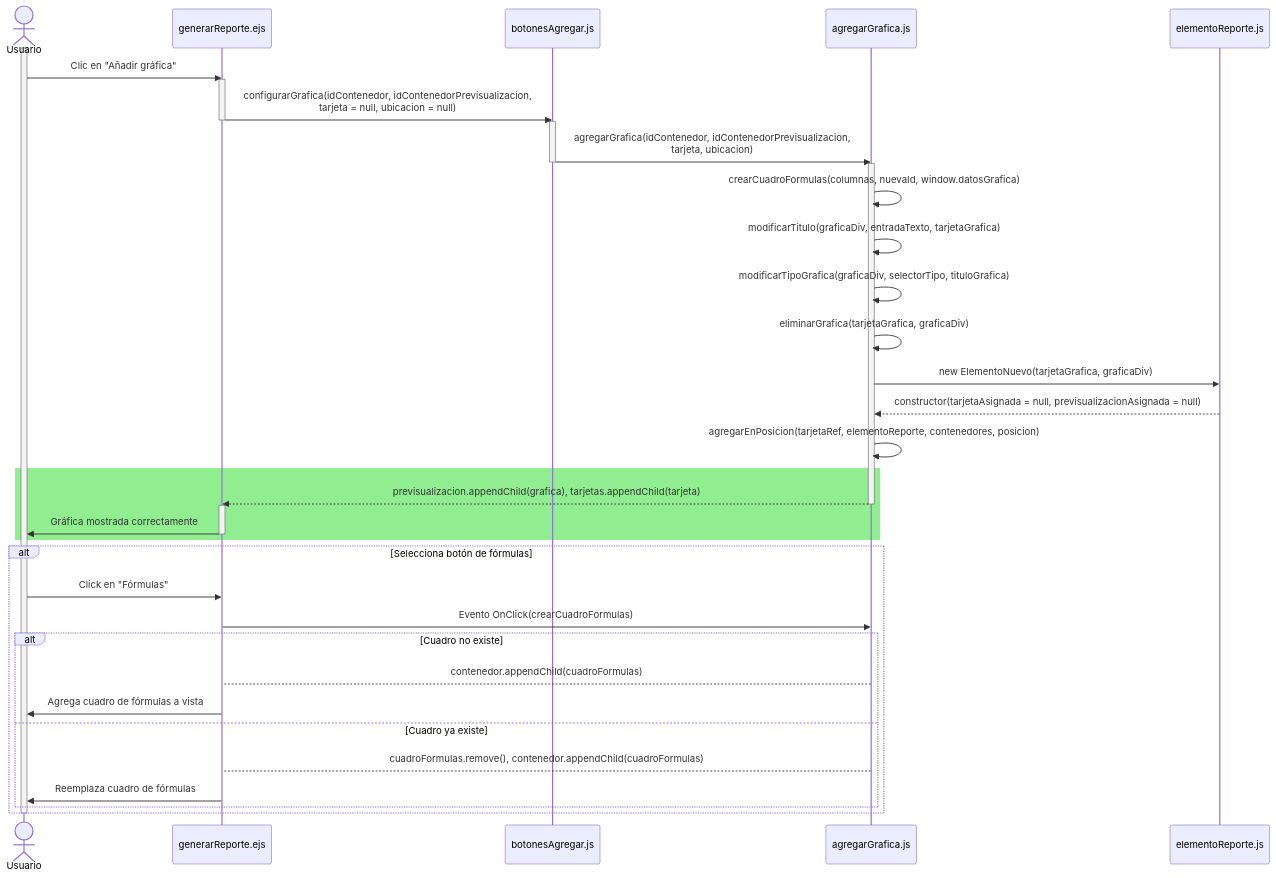
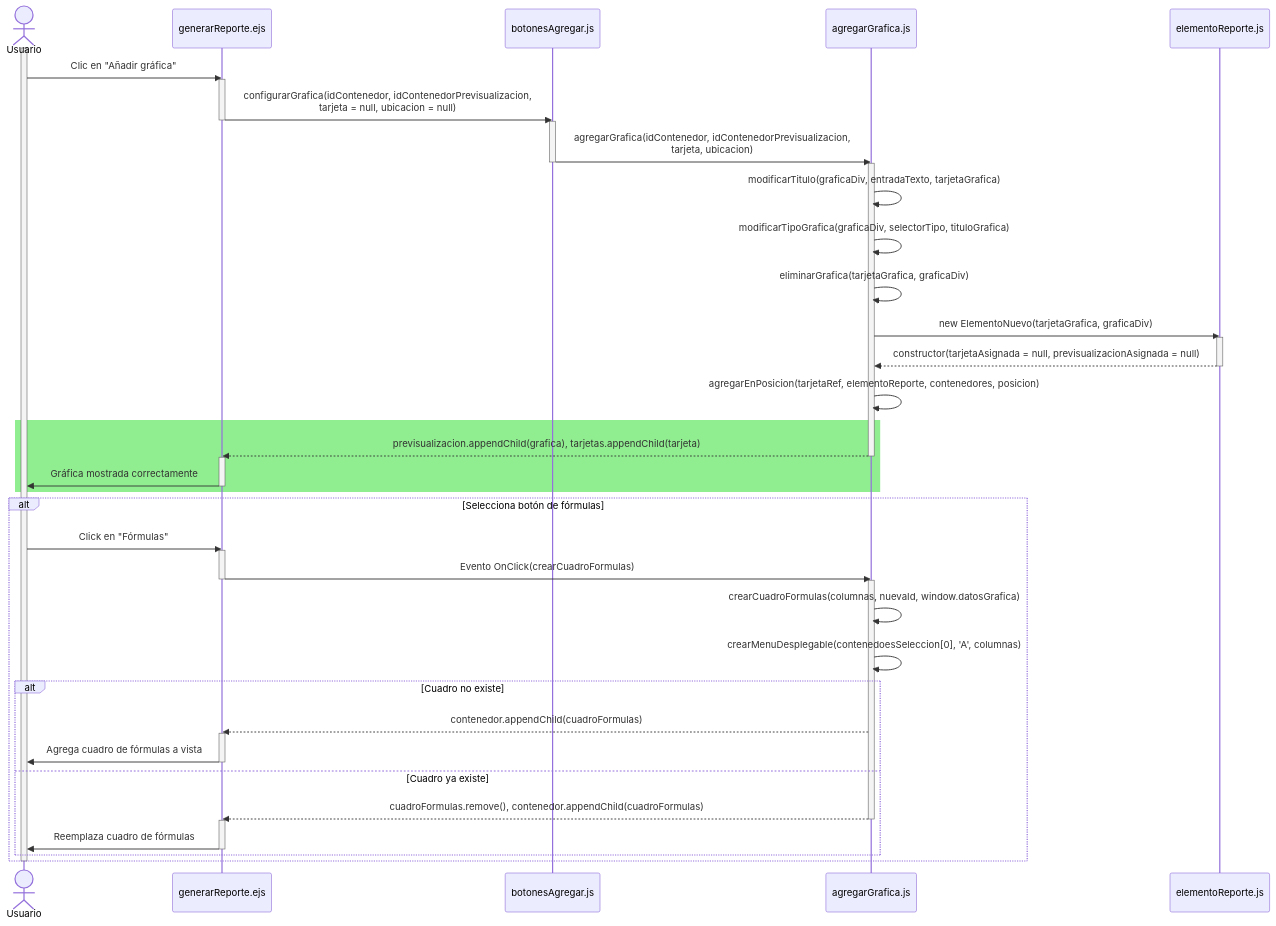
The diagram in documentation/docs/proyectos/tractores/documentacion/requisitos/HU10.md (CodeAnd-Co/Documentacion), drawn with Mermaid before and after one commit. The commit also changed other lines of this file, not shown here.

Commit message:
Corregir diagrama de secuencia HU10

````diff
--- a/documentation/docs/proyectos/tractores/documentacion/requisitos/HU10.md
+++ b/documentation/docs/proyectos/tractores/documentacion/requisitos/HU10.md
@@ -21,49 +21,59 @@
 ```mermaid
 sequenceDiagram
     actor Usuario
     participant Vista as generarReporte.ejs
     participant utilBoton as botonesAgregar.js
     participant utilGrafica as agregarGrafica.js
     participant modelElemento as elementoReporte.js
 
     %% Flujo principal (caso exitoso)
     activate Usuario
     Usuario->>Vista: Clic en "Añadir gráfica"
     activate Vista
     Vista->>utilBoton: configurarGrafica(idContenedor, idContenedorPrevisualizacion, <br/>tarjeta = null, ubicacion = null)
     deactivate Vista
     activate utilBoton
     utilBoton->>utilGrafica: agregarGrafica(idContenedor, idContenedorPrevisualizacion, <br/>tarjeta, ubicacion)
     deactivate utilBoton
     activate utilGrafica
-    utilGrafica->>utilGrafica: crearCuadroFormulas(columnas, nuevaId, window.datosGrafica)
     utilGrafica->>utilGrafica: modificarTitulo(graficaDiv, entradaTexto, tarjetaGrafica)
     utilGrafica->>utilGrafica: modificarTipoGrafica(graficaDiv, selectorTipo, tituloGrafica)
     utilGrafica->>utilGrafica: eliminarGrafica(tarjetaGrafica, graficaDiv)
     utilGrafica->>modelElemento: new ElementoNuevo(tarjetaGrafica, graficaDiv)
+    activate modelElemento
     modelElemento-->>utilGrafica: constructor(tarjetaAsignada = null, previsualizacionAsignada = null)
+    deactivate modelElemento
     utilGrafica->>utilGrafica: agregarEnPosicion(tarjetaRef, elementoReporte, contenedores, posicion)
 
     rect LightGreen
         utilGrafica-->>Vista: previsualizacion.appendChild(grafica), tarjetas.appendChild(tarjeta)
         deactivate utilGrafica
         activate Vista
         Vista->>Usuario: Gráfica mostrada correctamente
         deactivate Vista
     end
 
     %% Flujos alternos (errores al final)
     alt Selecciona botón de fórmulas
         Usuario->>Vista: Click en "Fórmulas"
+        activate Vista
         Vista->>utilGrafica: Evento OnClick(crearCuadroFormulas)
-        
+        deactivate Vista
+        activate utilGrafica
+        utilGrafica->>utilGrafica: crearCuadroFormulas(columnas, nuevaId, window.datosGrafica)
+        utilGrafica->>utilGrafica: crearMenuDesplegable(contenedoesSeleccion[0], 'A', columnas)
         alt Cuadro no existe
-            utilGrafica-->Vista: contenedor.appendChild(cuadroFormulas)
+            utilGrafica-->>Vista: contenedor.appendChild(cuadroFormulas)
+            activate Vista
             Vista->>Usuario: Agrega cuadro de fórmulas a vista
+            deactivate Vista
         else Cuadro ya existe
-            utilGrafica-->Vista: cuadroFormulas.remove(), contenedor.appendChild(cuadroFormulas)
+            utilGrafica-->>Vista: cuadroFormulas.remove(), contenedor.appendChild(cuadroFormulas)
+            deactivate utilGrafica
+            activate Vista
             Vista->>Usuario: Reemplaza cuadro de fórmulas
+            deactivate Vista
         end
     end
     deactivate Usuario
 ```
````
